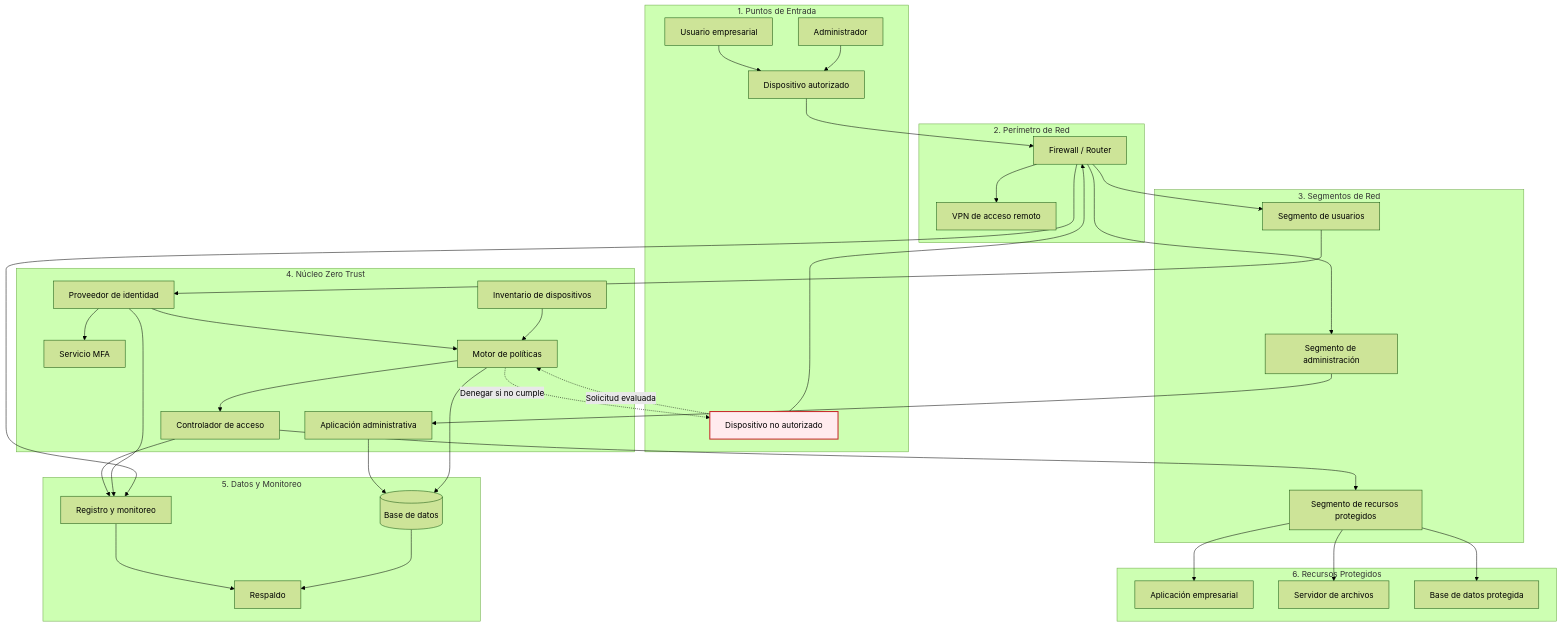
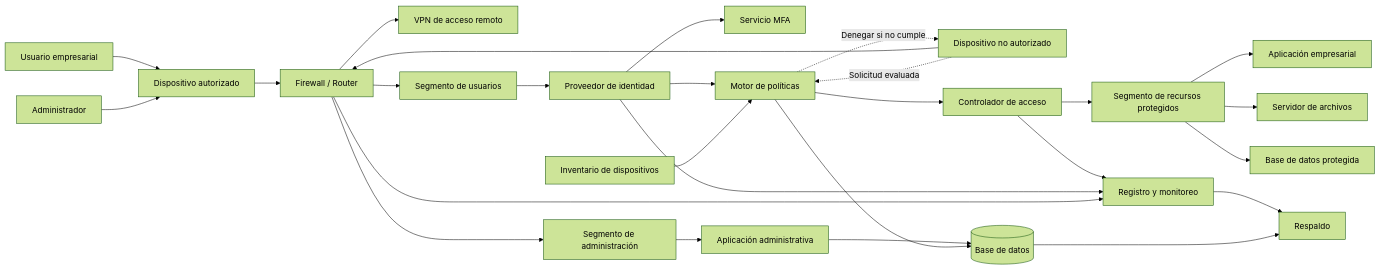
The diagram in README.mmd (cherri-chan/Zero-Trust-para-fortalecer-la-ciberseguridad-de-las-MiPymes-de-Cali), drawn with Mermaid (forest theme) before and after one commit.

```diff
--- a/README.mmd
+++ b/README.mmd
@@ -1,87 +1,60 @@
-flowchart TD
-    %% Agrupación por capas lógicas para forzar el diseño vertical
+flowchart LR
 
-    subgraph Entidades [1. Puntos de Entrada]
-        U[Usuario empresarial]
-        A[Administrador]
-        D[Dispositivo autorizado]
-        R[Dispositivo no autorizado]
-    end
+    U[Usuario empresarial]
+    A[Administrador]
+    D[Dispositivo autorizado]
+    R[Dispositivo no autorizado]
 
-    subgraph Perimetro [2. Perímetro de Red]
-        FW[Firewall / Router]
-        VPN[VPN de acceso remoto]
-    end
+    FW[Firewall / Router]
+    VPN[VPN de acceso remoto]
+    SEG1[Segmento de usuarios]
+    SEG2[Segmento de administración]
+    SEG3[Segmento de recursos protegidos]
 
-    subgraph Segmentos [3. Segmentos de Red]
-        SEG1[Segmento de usuarios]
-        SEG2[Segmento de administración]
-        SEG3[Segmento de recursos protegidos]
-    end
+    IDP[Proveedor de identidad]
+    MFA[Servicio MFA]
+    PDP[Motor de políticas]
+    PEP[Controlador de acceso]
+    INV[Inventario de dispositivos]
+    APP[Aplicación administrativa]
+    DB[(Base de datos)]
+    SIEM[Registro y monitoreo]
+    BACKUP[Respaldo]
 
-    subgraph ZeroTrust [4. Núcleo Zero Trust]
-        IDP[Proveedor de identidad]
-        MFA[Servicio MFA]
-        INV[Inventario de dispositivos]
-        PDP[Motor de políticas]
-        PEP[Controlador de acceso]
-        APP[Aplicación administrativa]
-    end
+    RES1[Aplicación empresarial]
+    RES2[Servidor de archivos]
+    RES3[Base de datos protegida]
 
-    subgraph Auditoria [5. Datos y Monitoreo]
-        DB[(Base de datos)]
-        SIEM[Registro y monitoreo]
-        BACKUP[Respaldo]
-    end
-
-    subgraph Recursos [6. Recursos Protegidos]
-        RES1[Aplicación empresarial]
-        RES2[Servidor de archivos]
-        RES3[Base de datos protegida]
-    end
-
-    %% Relaciones de Entidades
     U --> D
     A --> D
     R --> FW
     D --> FW
 
-    %% Relaciones de Red
     FW --> VPN
     FW --> SEG1
     FW --> SEG2
 
-    %% Relaciones hacia los controles
     SEG1 --> IDP
     SEG2 --> APP
 
-    %% Lógica Interna Zero Trust
     IDP --> MFA
     IDP --> PDP
     INV --> PDP
     PDP --> PEP
 
-    %% Evaluaciones de políticas
-    R -.->|Solicitud evaluada| PDP
-    PDP -.->|Denegar si no cumple| R
-
-    %% Acceso a Recursos
     PEP --> SEG3
     SEG3 --> RES1
     SEG3 --> RES2
     SEG3 --> RES3
 
-    %% Trazabilidad y Datos
     APP --> DB
     PDP --> DB
     PEP --> SIEM
     IDP --> SIEM
     FW --> SIEM
 
-    %% Respaldo
     SIEM --> BACKUP
     DB --> BACKUP
-    
-    %% Estilos de las cajas (Opcional, GitHub lo soporta)
-    classDef redBox fill:#ffebee,stroke:#c62828,stroke-width:2px;
-    class R redBox;
+
+    R -.->|Solicitud evaluada| PDP
+    PDP -.->|Denegar si no cumple| R
```
